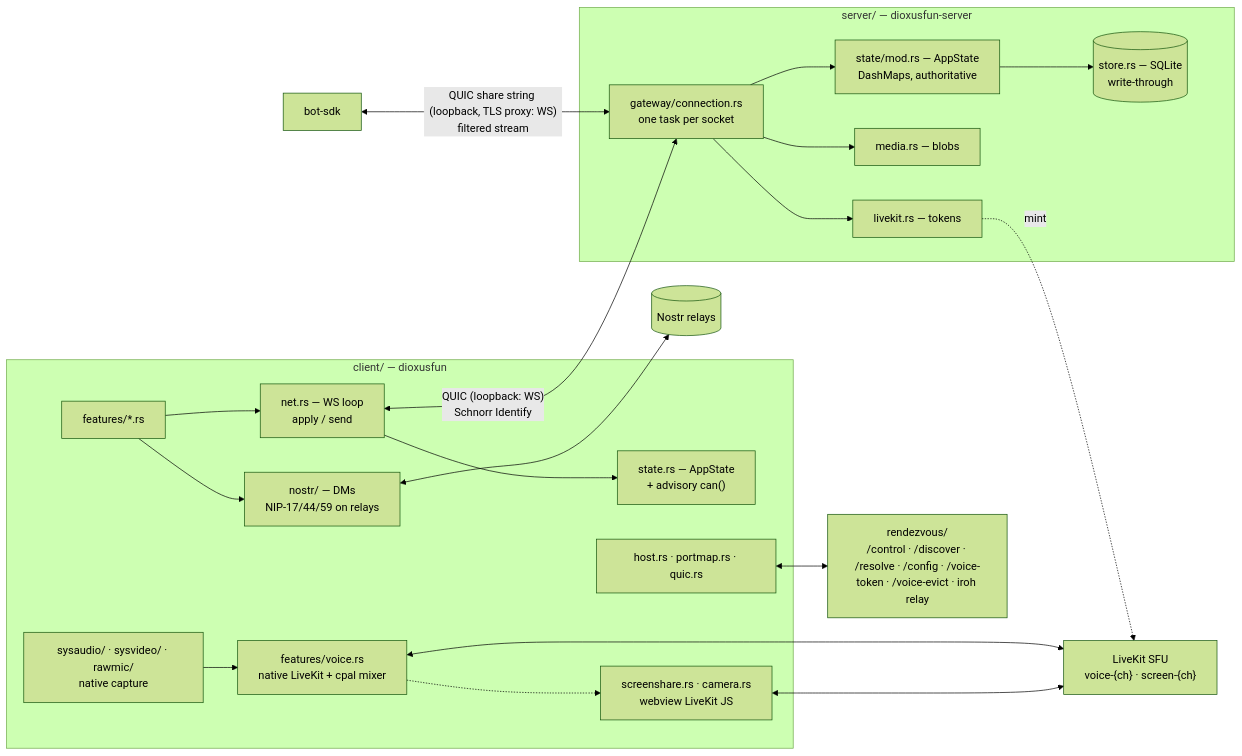
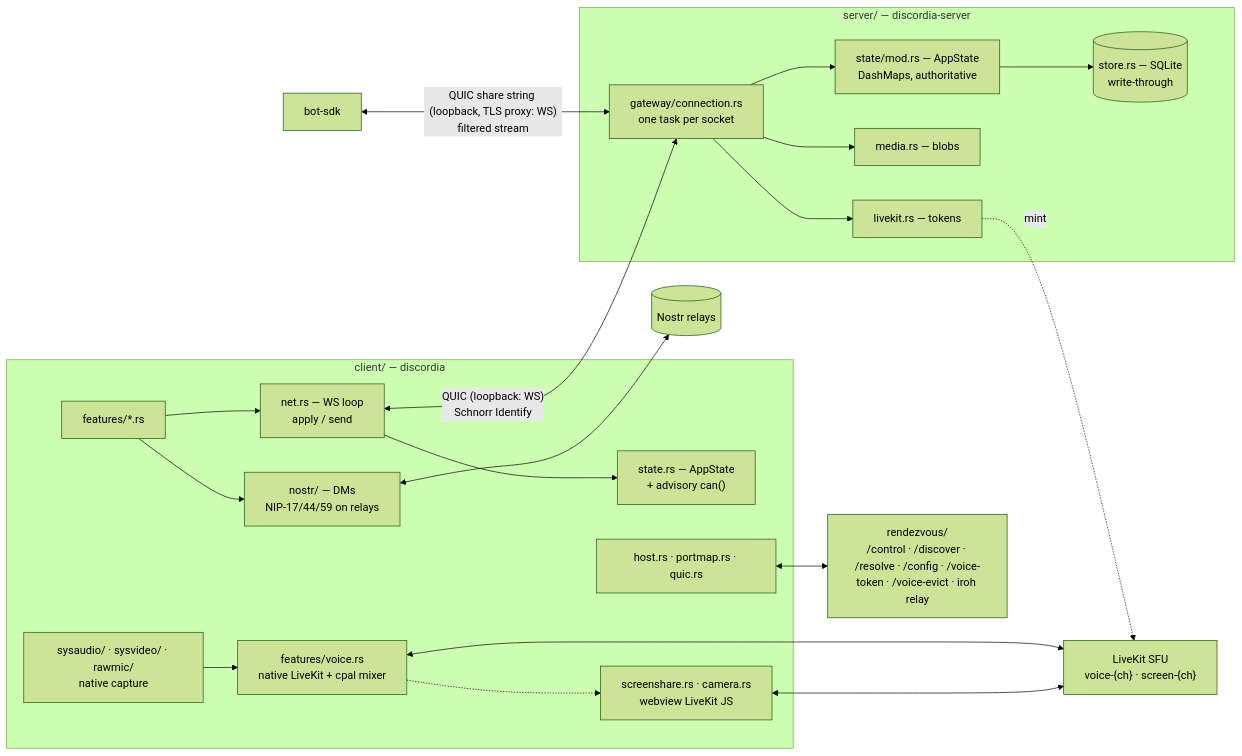
The diagram in docs/MAP.md (ssotomayor/discordia), drawn with Mermaid (forest theme) before and after one commit. The commit also changed other lines of this file and 105 other files, not shown here.

First line of the commit message:
Rename dioxusfun to discordia (#326)

````diff
--- a/docs/MAP.md
+++ b/docs/MAP.md
@@ -197,38 +197,38 @@
 ```mermaid
 flowchart LR
-  subgraph C["client/ — dioxusfun"]
+  subgraph C["client/ — discordia"]
     UI["features/*.rs"]
     NET["net.rs — WS loop<br/>apply / send"]
     ST["state.rs — AppState<br/>+ advisory can()"]
     NOSTR["nostr/ — DMs<br/>NIP-17/44/59 on relays"]
     V["features/voice.rs<br/>native LiveKit + cpal mixer"]
     CAP["sysaudio/ · sysvideo/ · rawmic/<br/>native capture"]
     JS["screenshare.rs · camera.rs<br/>webview LiveKit JS"]
     HOST["host.rs · portmap.rs · quic.rs"]
     UI-->NET-->ST
     UI-->NOSTR
     CAP-->V
     V-.->JS
   end
-  subgraph S["server/ — dioxusfun-server"]
+  subgraph S["server/ — discordia-server"]
     GW["gateway/connection.rs<br/>one task per socket"]
     AS["state/mod.rs — AppState<br/>DashMaps, authoritative"]
     DB[("store.rs — SQLite<br/>write-through")]
     MED["media.rs — blobs"]
     LK["livekit.rs — tokens"]
     GW-->AS-->DB
     GW-->MED
     GW-->LK
   end
   SFU["LiveKit SFU<br/>voice-{ch} · screen-{ch}"]
   RZ["rendezvous/<br/>/control · /discover · /resolve · /config · /voice-token · /voice-evict · iroh relay"]
   RELAYS[("Nostr relays")]
   BOT["bot-sdk"]
   NET<-->|"QUIC (loopback: WS)<br/>Schnorr Identify"|GW
   BOT<-->|"QUIC share string (loopback, TLS proxy: WS)<br/>filtered stream"|GW
   V<-->SFU
   JS<-->SFU
   LK-.mint.->SFU
   HOST<-->RZ
   NOSTR<-->RELAYS
 ```
````
